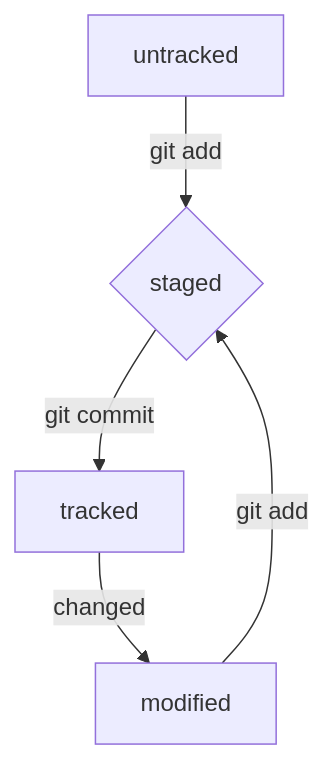
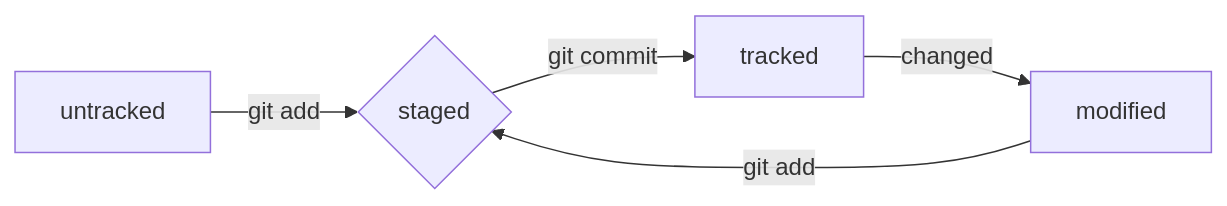
Before and after one commit to rfedorenkov/git-cheat-sheet: the diagram in README.md, drawn with Mermaid.

Commit message:
Change info on the status scheme

````diff
--- a/README.md
+++ b/README.md
@@ -69,7 +69,7 @@
 ```mermaid
-flowchart TD
+graph LR;
     A[untracked] -- git add --> B{staged};
     B -- git commit --> C[tracked];
     C -- changed --> D[modified];
     D -- git add --> B;
 ```
````
